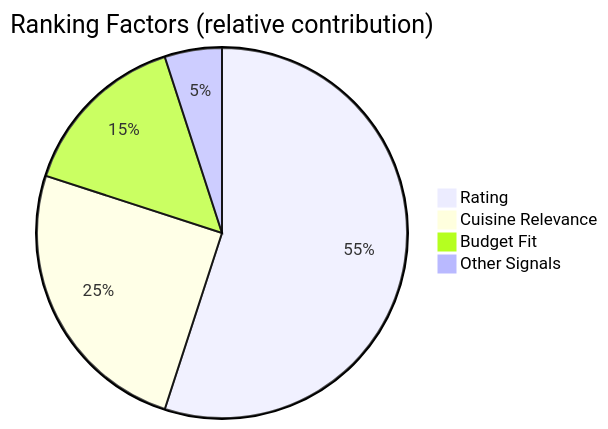
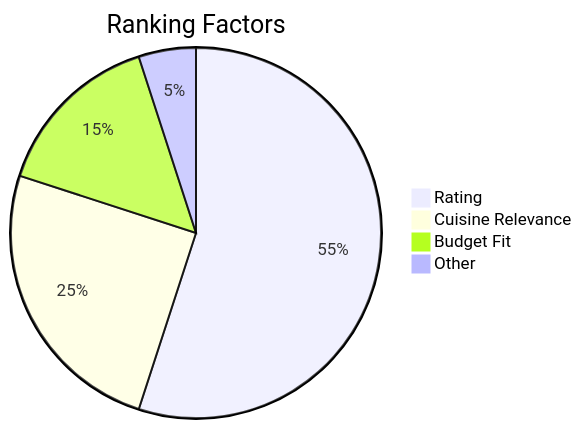
One commit to AshmitThakur23/Restaurant-Recommendation-System changed the second of 2 diagrams in README.md. Above: the diagram before and after it, drawn with Mermaid. The commit also changed other lines of this file, not shown here.

````diff
--- a/README.md
+++ b/README.md
@@ -80,7 +84,7 @@
 ```mermaid
-pie title Ranking Factors (relative contribution)
+pie title Ranking Factors
   "Rating" : 55
   "Cuisine Relevance" : 25
   "Budget Fit" : 15
-  "Other Signals" : 5
+  "Other" : 5
 ```
````
